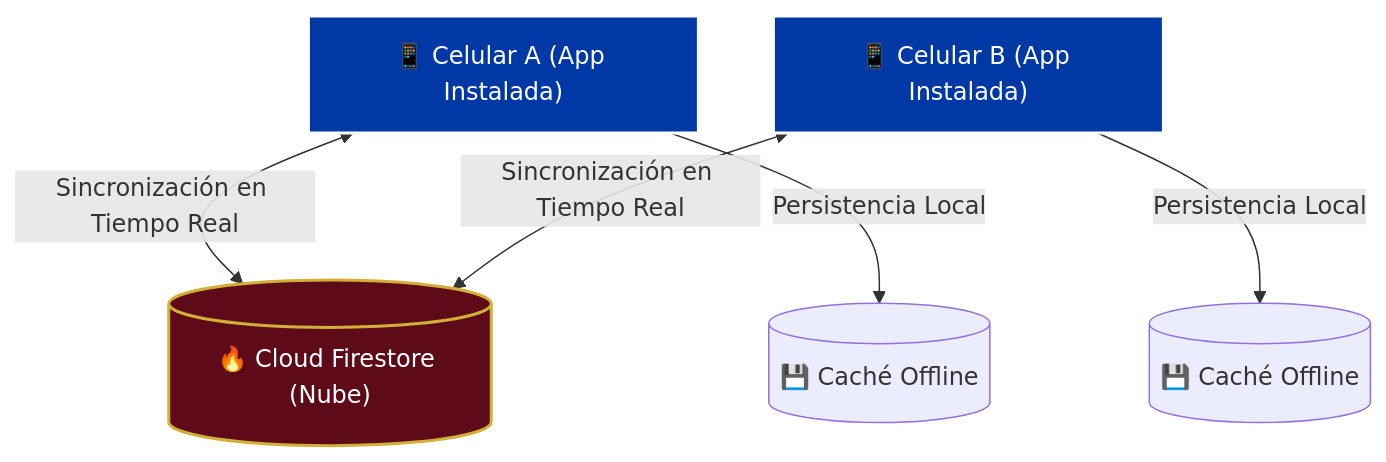
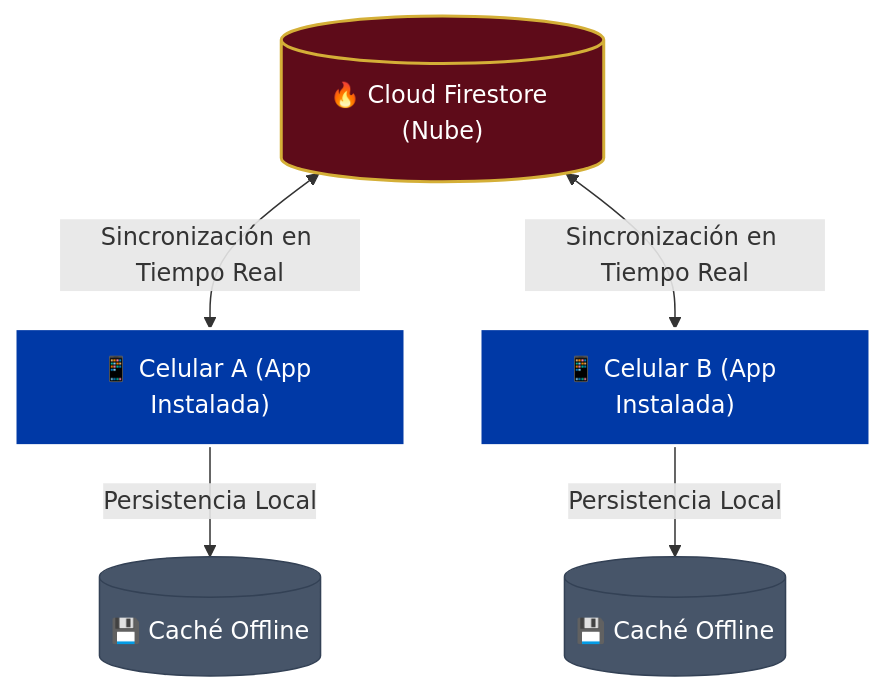
The diagram in README.md (AgusAmor/mis-fibus), drawn with Mermaid before and after one commit. The commit also changed other lines of this file and 1 other file, not shown here.

````diff
--- a/README.md
+++ b/README.md
@@ -57,13 +68,28 @@
 ```mermaid
 graph TD
+    %% Nube en el nivel superior
+    FS[("🔥 Cloud Firestore (Nube)")]
+    
+    %% Celulares en el nivel medio
+    A["📱 Celular A (App Instalada)"]
+    B["📱 Celular B (App Instalada)"]
+    
+    %% Caché offline en el nivel inferior
+    CA[("💾 Caché Offline")]
+    CB[("💾 Caché Offline")]
+
+    %% Conexiones de sincronización (Nube <--> Celulares)
+    FS <-->|Sincronización en Tiempo Real| A
+    FS <-->|Sincronización en Tiempo Real| B
+    
+    %% Conexiones de persistencia local (Celulares --> Caché)
+    A -->|Persistencia Local| CA
+    B -->|Persistencia Local| CB
+
     %% Estilos de Nodos
     style FS fill:#5E0B19,stroke:#D4AF37,stroke-width:2px,color:#fff
     style A fill:#0039A6,stroke:#fff,stroke-width:2px,color:#fff
     style B fill:#0039A6,stroke:#fff,stroke-width:2px,color:#fff
-
-    A["📱 Celular A (App Instalada)"] <-->|Sincronización en Tiempo Real| FS[("🔥 Cloud Firestore (Nube)")]
-    B["📱 Celular B (App Instalada)"] <-->|Sincronización en Tiempo Real| FS
-    
-    A -->|Persistencia Local| CA[("💾 Caché Offline")]
-    B -->|Persistencia Local| CB[("💾 Caché Offline")]
+    style CA fill:#475569,stroke:#334155,stroke-width:1px,color:#fff
+    style CB fill:#475569,stroke:#334155,stroke-width:1px,color:#fff
 ```
````
